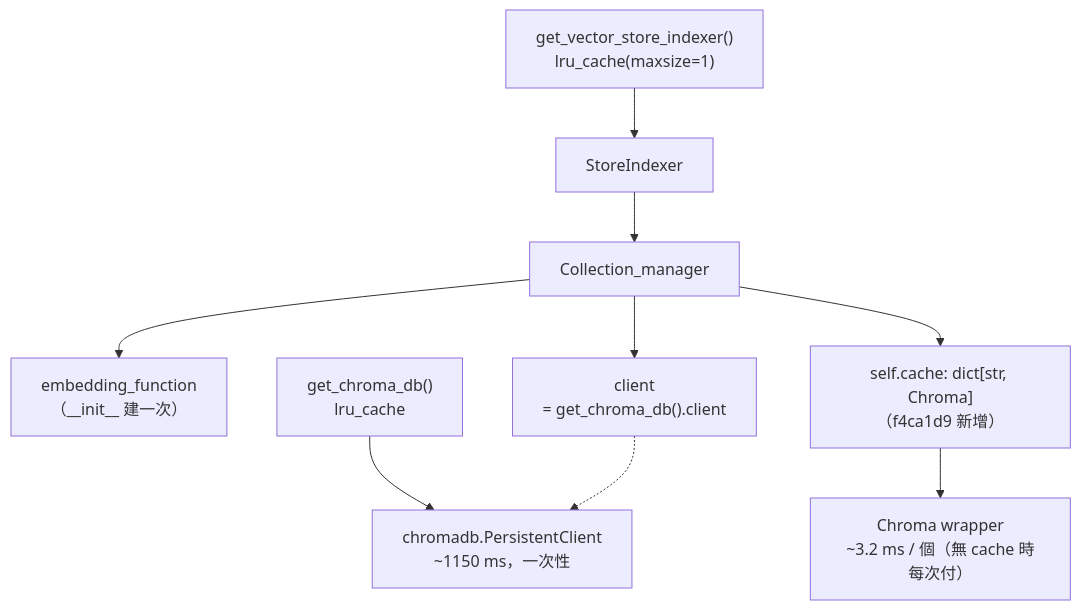
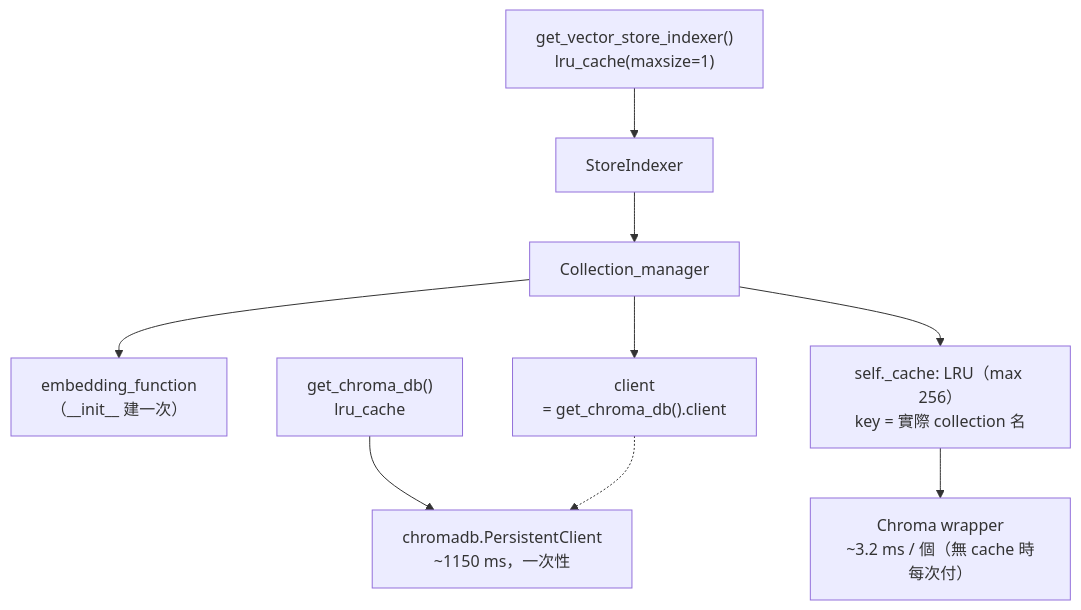
Before and after one commit to jltz1207/LoginFastapi: the first of 4 diagrams in docs/vectorstore/vectorstore-collection-handle-cost-20261009.md, drawn with Mermaid. The commit also changed other lines of this file and 5 other files, not shown here.

Commit message:
refactor vector store: bound collection cache and key it by real name (Phase 3)

````diff
--- a/docs/vectorstore/vectorstore-collection-handle-cost-20261009.md
+++ b/docs/vectorstore/vectorstore-collection-handle-cost-20261009.md
@@ -16,11 +16,11 @@
 ```mermaid
 flowchart TD
     GVI["get_vector_store_indexer()<br/>lru_cache(maxsize=1)"] --> SI["StoreIndexer"]
     SI --> CM["Collection_manager"]
     CM --> EF["embedding_function<br/>（__init__ 建一次）"]
     CM --> CL["client<br/>= get_chroma_db().client"]
     GCD["get_chroma_db()<br/>lru_cache"] --> PC["chromadb.PersistentClient<br/>~1150 ms，一次性"]
     CL -.-> PC
-    CM --> CACHE["self.cache: dict[str, Chroma]<br/>（f4ca1d9 新增）"]
+    CM --> CACHE["self._cache: LRU（max 256）<br/>key = 實際 collection 名"]
     CACHE --> W1["Chroma wrapper<br/>~3.2 ms / 個（無 cache 時每次付）"]
 ```
````
